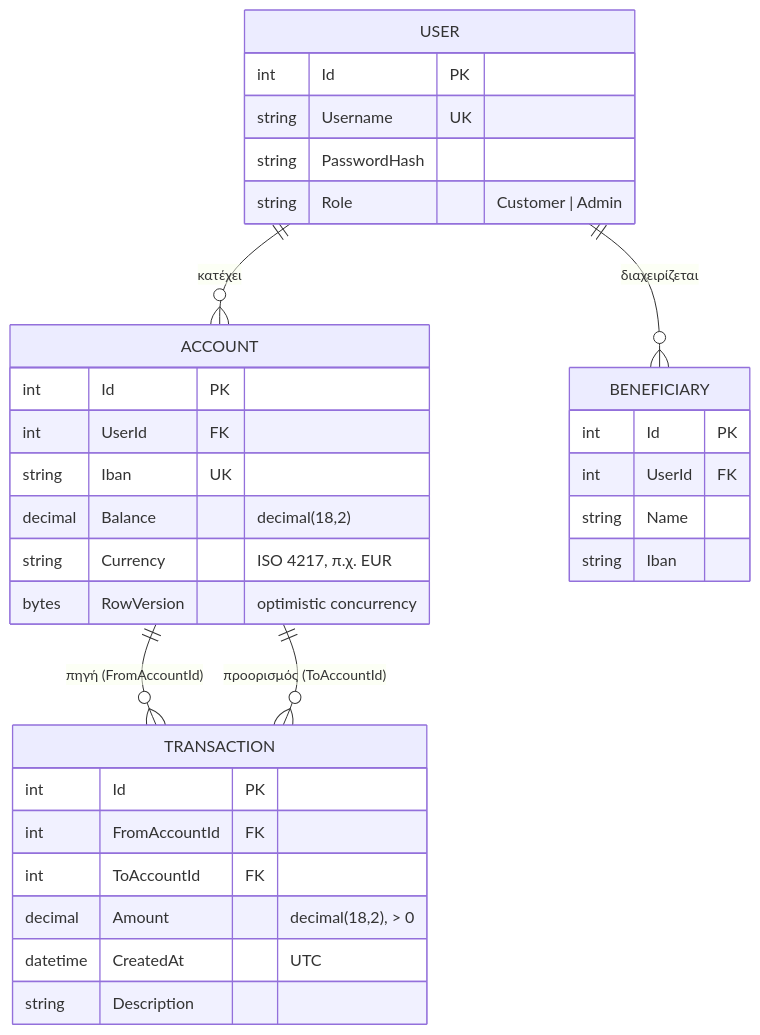
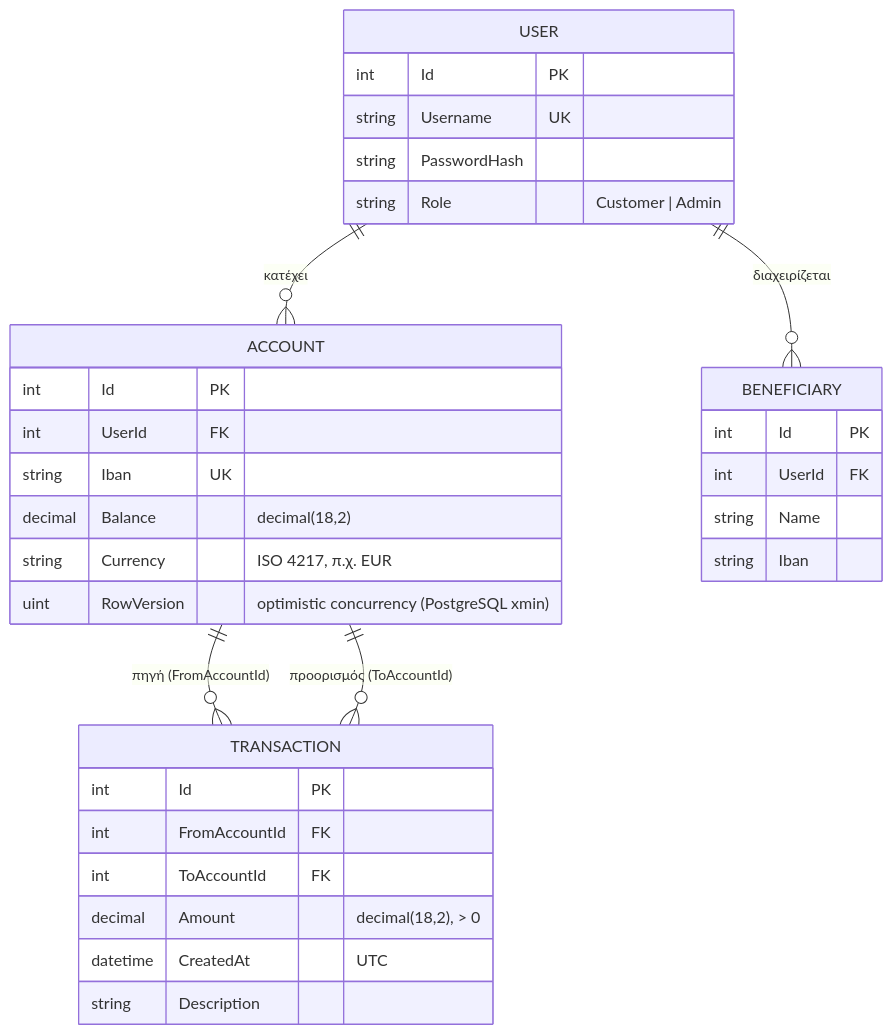
One commit to vassiliskitsos/WebBankingApp changed the third of 3 diagrams in README.md. Above: the diagram before and after it, drawn with Mermaid. The commit also changed other lines of this file and 11 other files, not shown here.

````diff
--- a/README.md
+++ b/README.md
@@ -180,36 +180,36 @@
 ```mermaid
 erDiagram
     USER ||--o{ ACCOUNT : "κατέχει"
     USER ||--o{ BENEFICIARY : "διαχειρίζεται"
     ACCOUNT ||--o{ TRANSACTION : "πηγή (FromAccountId)"
     ACCOUNT ||--o{ TRANSACTION : "προορισμός (ToAccountId)"
 
     USER {
         int Id PK
         string Username UK
         string PasswordHash
         string Role "Customer | Admin"
     }
     ACCOUNT {
         int Id PK
         int UserId FK
         string Iban UK
         decimal Balance "decimal(18,2)"
         string Currency "ISO 4217, π.χ. EUR"
-        bytes RowVersion "optimistic concurrency"
+        uint RowVersion "optimistic concurrency (PostgreSQL xmin)"
     }
     TRANSACTION {
         int Id PK
         int FromAccountId FK
         int ToAccountId FK
         decimal Amount "decimal(18,2), > 0"
         datetime CreatedAt "UTC"
         string Description
     }
     BENEFICIARY {
         int Id PK
         int UserId FK
         string Name
         string Iban
     }
 ```
````
